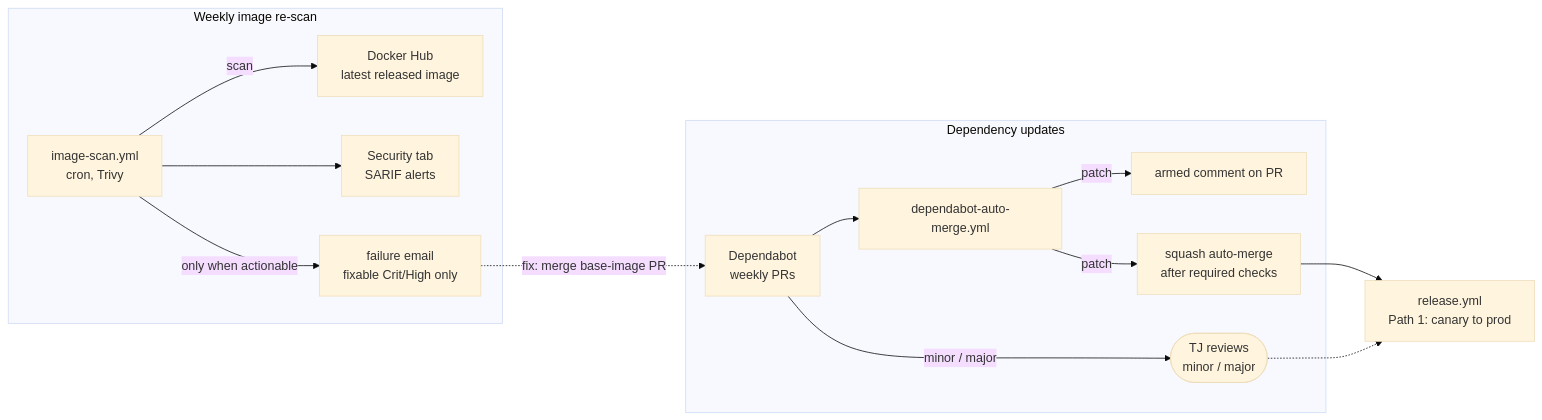
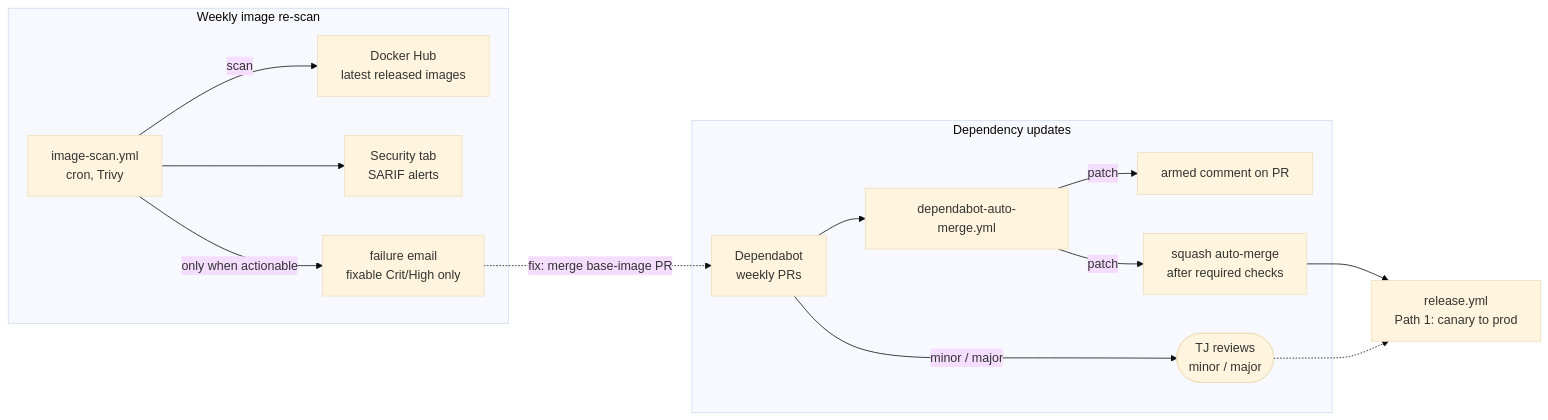
The fifth of 6 diagrams in docs/CICD.md (zimmertr/bluebird), drawn with Mermaid (base theme) before and after one commit. The commit also changed other lines of this file and 159 other files, not shown here.

````diff
--- a/docs/CICD.md
+++ b/docs/CICD.md
@@ -1287,31 +1366,31 @@
 ```mermaid
 flowchart LR
     subgraph SCAN["Weekly image re-scan"]
         cron["image-scan.yml<br/>cron, Trivy"]
-        released["Docker Hub<br/>latest released image"]
+        released["Docker Hub<br/>latest released images"]
         sarif["Security tab<br/>SARIF alerts"]
         email["failure email<br/>fixable Crit/High only"]
     end
 
     subgraph DEP["Dependency updates"]
         bot["Dependabot<br/>weekly PRs"]
         am["dependabot-auto-merge.yml"]
         note["armed comment on PR"]
         merge["squash auto-merge<br/>after required checks"]
         review(["TJ reviews<br/>minor / major"])
     end
 
     rel["release.yml<br/>Path 1: canary to prod"]
 
     cron -->|scan| released
     cron --> sarif
     cron -->|only when actionable| email
     email -.->|fix: merge base-image PR| bot
 
     bot --> am
     am -->|patch| note
     am -->|patch| merge
     bot -->|minor / major| review
     merge --> rel
     review -.-> rel
 ```
````
